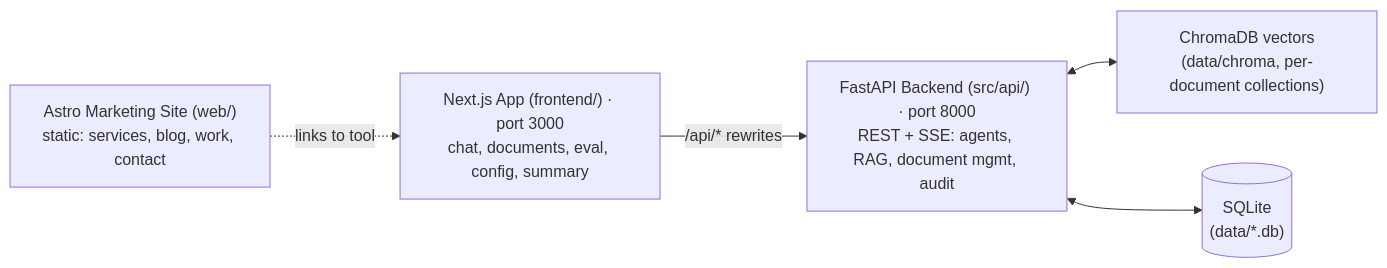
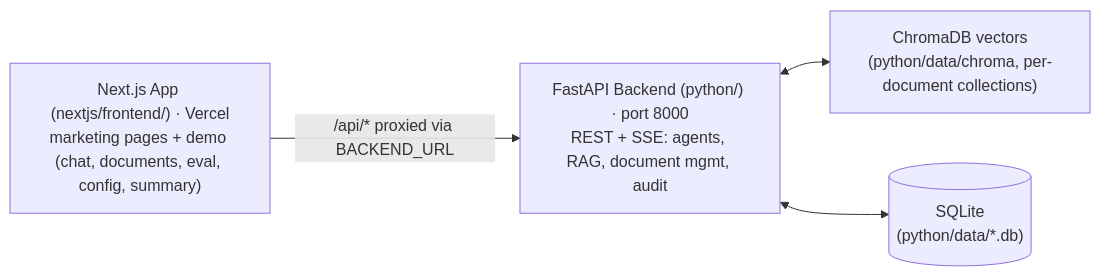
Before and after one commit to jonathan-simpson-it/jsnc-demo-automation: the first of 2 diagrams in README.md, drawn with Mermaid. The commit also changed other lines of this file, not shown here.

First line of the commit message:
docs: describe the nextjs and python two-repo stack

````diff
--- a/README.md
+++ b/README.md
@@ -29,13 +29,11 @@
 ```mermaid
 flowchart LR
-    M["Astro Marketing Site (web/)<br/>static: services, blog, work, contact"]
-    N["Next.js App (frontend/) · port 3000<br/>chat, documents, eval, config, summary"]
-    B["FastAPI Backend (src/api/) · port 8000<br/>REST + SSE: agents, RAG, document mgmt, audit"]
-    C["ChromaDB vectors<br/>(data/chroma, per-document collections)"]
-    S[("SQLite<br/>(data/*.db)")]
+    N["Next.js App (nextjs/frontend/) · Vercel<br/>marketing pages + demo (chat, documents, eval, config, summary)"]
+    B["FastAPI Backend (python/) · port 8000<br/>REST + SSE: agents, RAG, document mgmt, audit"]
+    C["ChromaDB vectors<br/>(python/data/chroma, per-document collections)"]
+    S[("SQLite<br/>(python/data/*.db)")]
 
-    M -. "links to tool" .-> N
-    N -- "/api/* rewrites" --> B
+    N -- "/api/* proxied via BACKEND_URL" --> B
     B <--> C
     B <--> S
 ```
````
